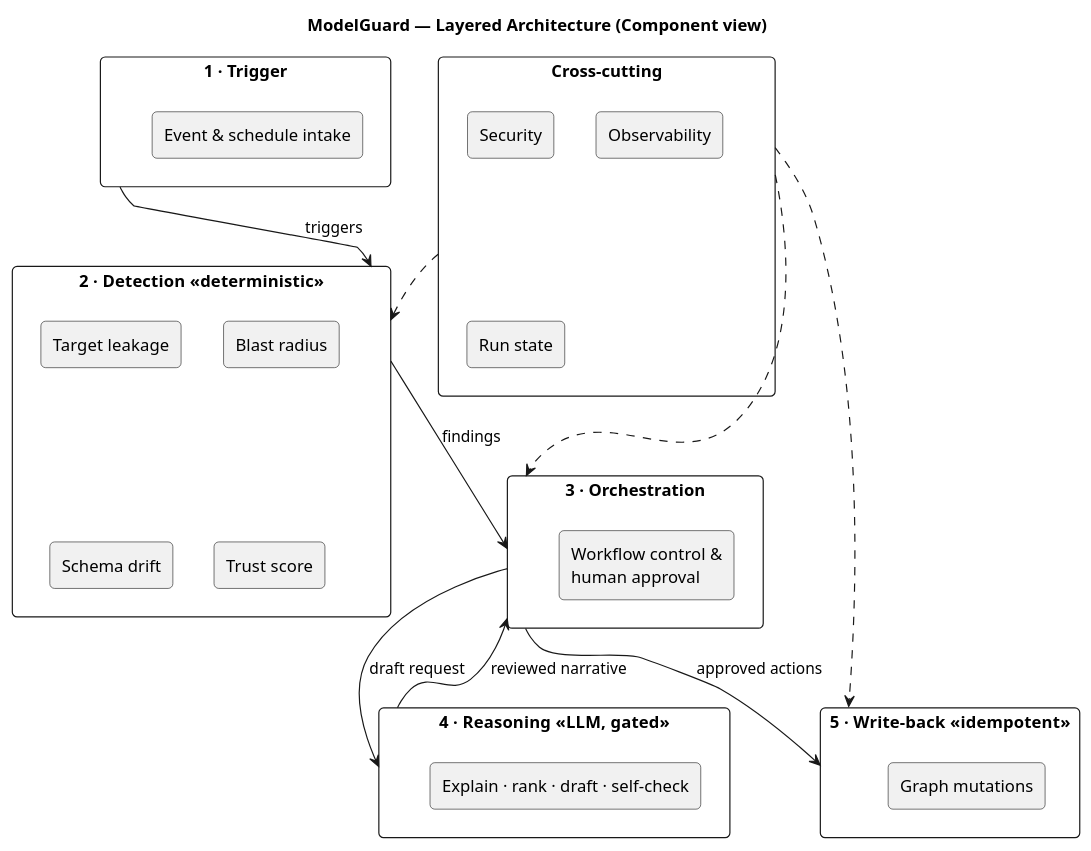
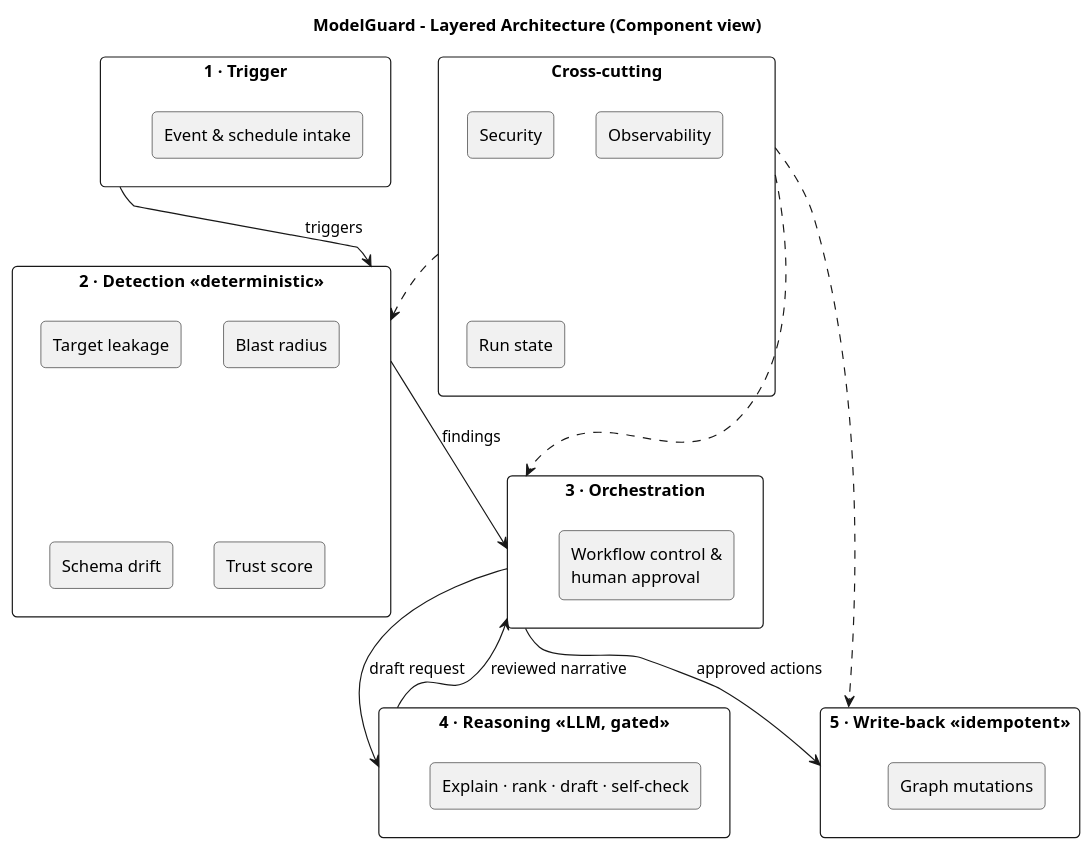
The second of 5 diagrams in docs/plan/architecture.md (Ahmedxsaad/Janus), drawn with PlantUML before and after one commit. The commit also changed other lines of this file and 15 other files, not shown here.

````diff
--- a/docs/plan/architecture.md
+++ b/docs/plan/architecture.md
@@ -77,43 +77,43 @@
 ```plantuml
 @startuml
-title ModelGuard — Layered Architecture (Component view)
+title ModelGuard - Layered Architecture (Component view)
 skinparam shadowing false
 skinparam roundcorner 8
 skinparam componentStyle rectangle
 skinparam packageStyle rectangle
 skinparam defaultFontName "Helvetica"
 
 package "1 · Trigger" as L1 {
   component "Event & schedule intake" as C1
 }
 package "2 · Detection  «deterministic»" as L2 {
   component "Target leakage" as D1
   component "Blast radius" as D2
   component "Schema drift" as D3
   component "Trust score" as D4
 }
 package "3 · Orchestration" as L3 {
   component "Workflow control &\nhuman approval" as C3
 }
 package "4 · Reasoning  «LLM, gated»" as L4 {
   component "Explain · rank · draft · self-check" as C4
 }
 package "5 · Write-back  «idempotent»" as L5 {
   component "Graph mutations" as C5
 }
 package "Cross-cutting" as X {
   component "Security" as X1
   component "Observability" as X2
   component "Run state" as X3
 }
 
 L1 --> L2 : triggers
 L2 --> L3 : findings
 L3 --> L4 : draft request
 L4 --> L3 : reviewed narrative
 L3 --> L5 : approved actions
 X ..> L2
 X ..> L3
 X ..> L5
 @enduml
 ```
````
